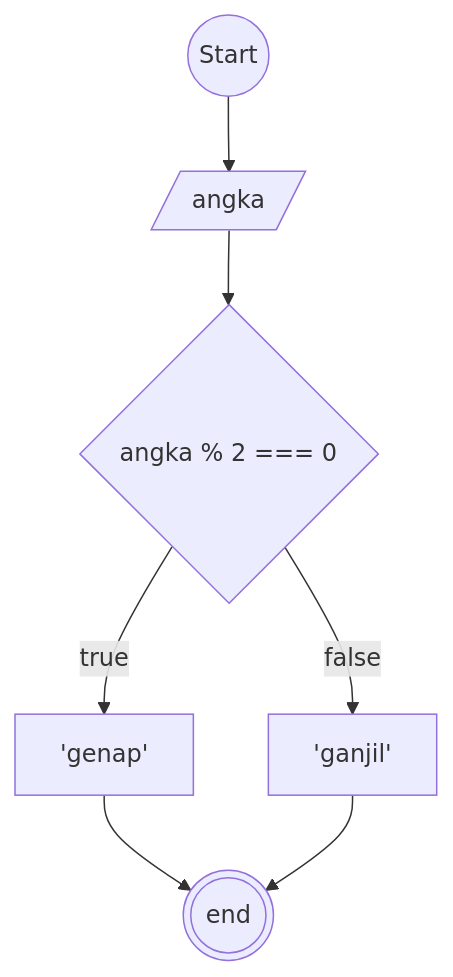
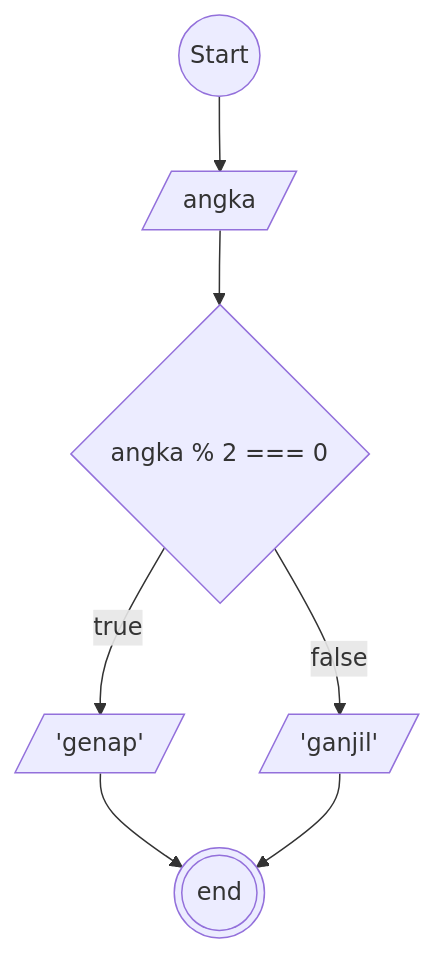
Before and after one commit to fatawaimamalmuftin/koda-b8-Algoritma: the diagram in ganjilGenap.md, drawn with Mermaid.

Commit message:
Algoritma type penulisan : Flowchart
Case: Membuat algoritma menentukan bilangan ganjil atau genap

````diff
--- a/ganjilGenap.md
+++ b/ganjilGenap.md
@@ -15,19 +15,19 @@
 ```mermaid
 flowchart TD
 
 mulai@{shape: circle, label: "Start"}
 angka@{ shape: lean-r, label: "angka" }
 modulus@{ shape: diamond, label: "angka % 2 === 0" }
-hasilGn@{ shape: rect, label: "'genap'" }
-hasilGj@{ shape: rect, label: "'ganjil'" }
+hasilGn@{ shape: lean-r, label: "'genap'" }
+hasilGj@{ shape: lean-r, label: "'ganjil'" }
 selesai@{shape: doublecircle, label: "end"}
 
 mulai-->
 angka-->
 modulus--true-->hasilGn
 modulus--false-->hasilGj
 hasilGn-->selesai
 hasilGj-->selesai
 
 
 ```
````
